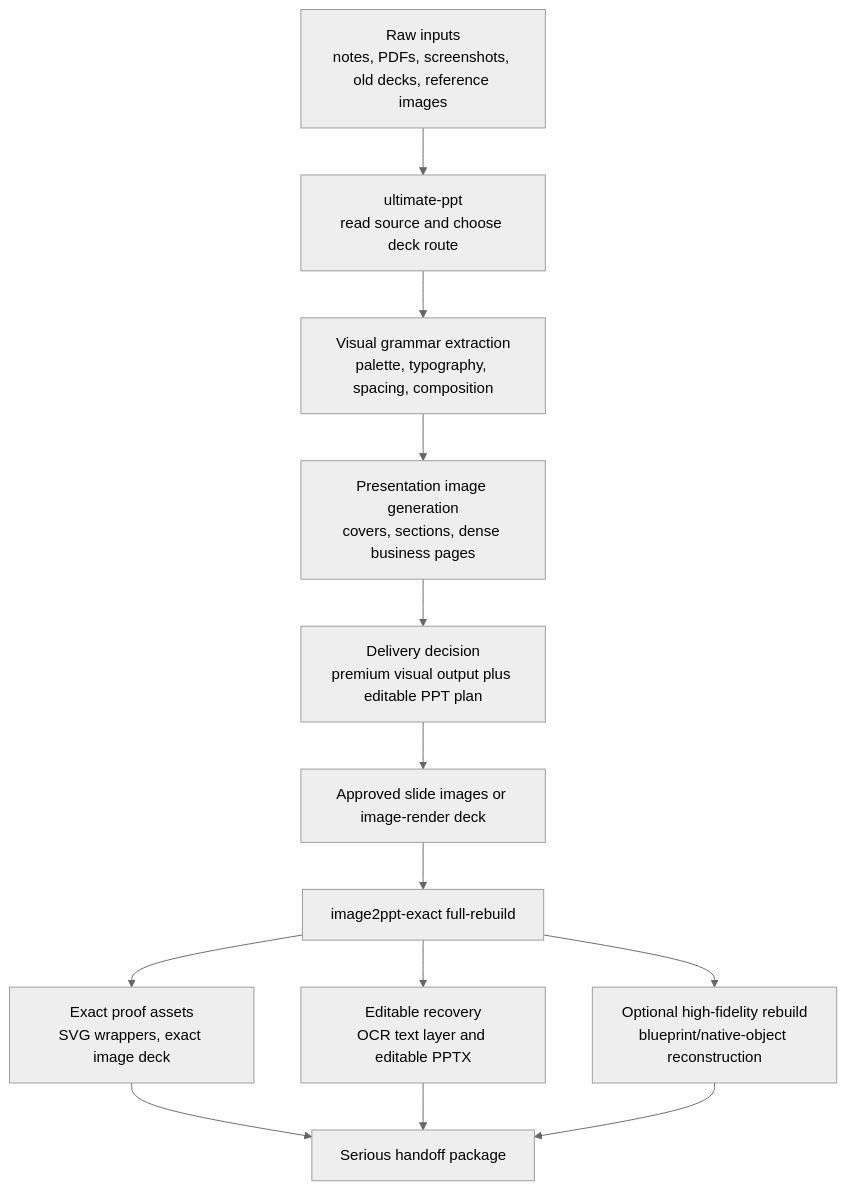
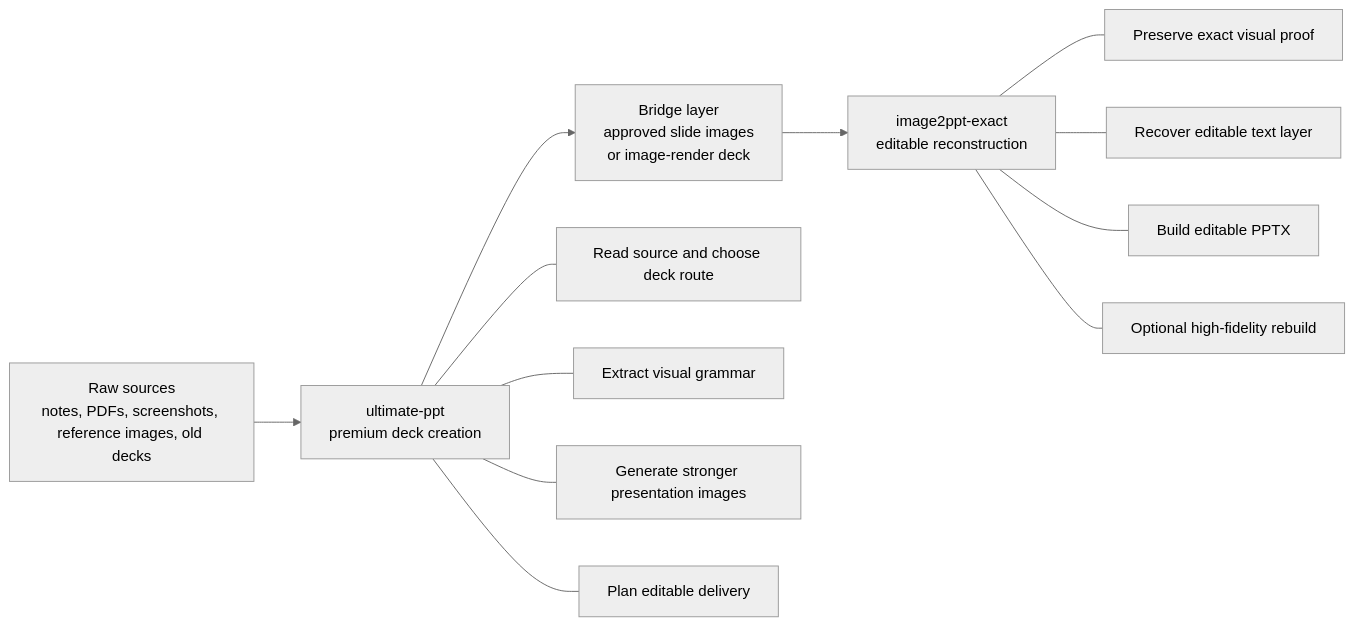
Before and after one commit to lyt-1114/king-of-ppt: the diagram in README.md, drawn with Mermaid (neutral theme). The commit also changed other lines of this file, not shown here.

````diff
--- a/README.md
+++ b/README.md
@@ -51,15 +51,31 @@
 ```mermaid
-flowchart TD
-    A[Raw inputs<br/>notes, PDFs, screenshots, old decks, reference images] --> B[ultimate-ppt<br/>read source and choose deck route]
-    B --> C[Visual grammar extraction<br/>palette, typography, spacing, composition]
-    C --> D[Presentation image generation<br/>covers, sections, dense business pages]
-    D --> E[Delivery decision<br/>premium visual output plus editable PPT plan]
-    E --> F[Approved slide images or image-render deck]
-    F --> G[image2ppt-exact full-rebuild]
-    G --> H[Exact proof assets<br/>SVG wrappers, exact image deck]
-    G --> I[Editable recovery<br/>OCR text layer and editable PPTX]
-    G --> J[Optional high-fidelity rebuild<br/>blueprint/native-object reconstruction]
-    H --> K[Serious handoff package]
-    I --> K
-    J --> K
+flowchart LR
+    A[Raw sources<br/>notes, PDFs, screenshots, reference images, old decks]
+    B[ultimate-ppt<br/>premium deck creation]
+    C[Bridge layer<br/>approved slide images<br/>or image-render deck]
+    D[image2ppt-exact<br/>editable reconstruction]
+
+    A --> B
+    B --> C
+    C --> D
+
+    B1[Read source and choose deck route]
+    B2[Extract visual grammar]
+    B3[Generate stronger presentation images]
+    B4[Plan editable delivery]
+
+    D1[Preserve exact visual proof]
+    D2[Recover editable text layer]
+    D3[Build editable PPTX]
+    D4[Optional high-fidelity rebuild]
+
+    B --- B1
+    B --- B2
+    B --- B3
+    B --- B4
+
+    D --- D1
+    D --- D2
+    D --- D3
+    D --- D4
 ```
````
